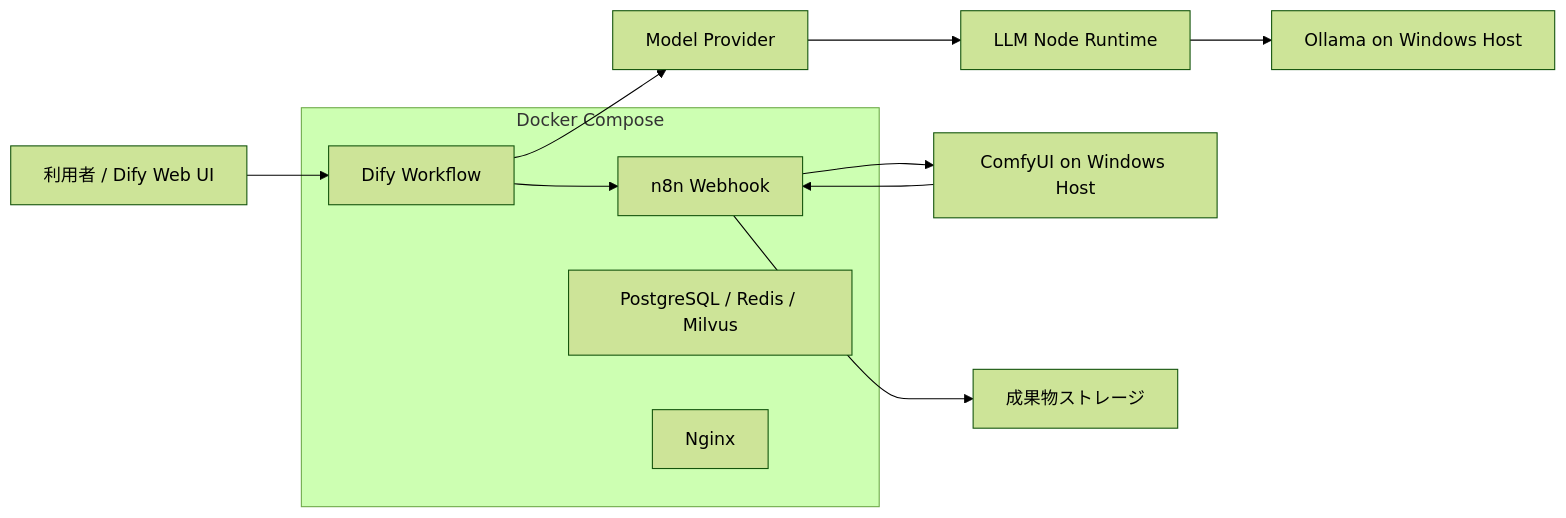
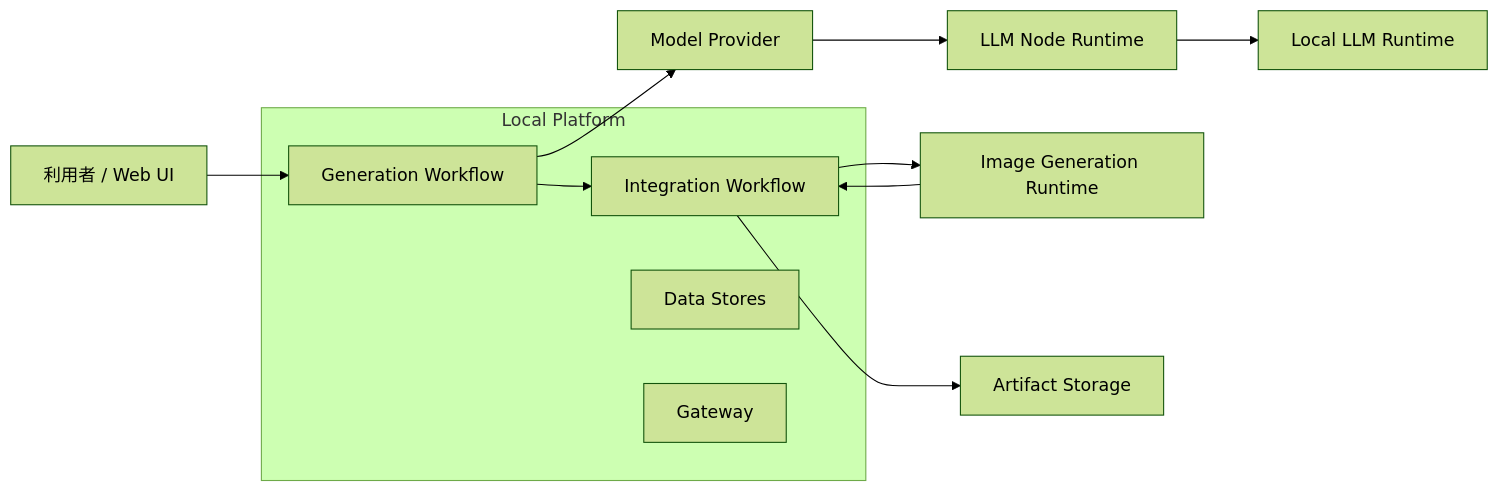
One commit to fctaityo/fctaityo.github.io changed the second of 11 diagrams in docs/public/architecture-public.md. Above: the diagram before and after it, drawn with Mermaid (forest theme). The commit also changed other lines of this file, not shown here.

````diff
--- a/docs/public/architecture-public.md
+++ b/docs/public/architecture-public.md
@@ -55,17 +57,18 @@
 ```mermaid
 flowchart LR
-  U["利用者 / Dify Web UI"] --> D["Dify Workflow"]
+  U["利用者 / Web UI"] --> D["Generation Workflow"]
   D --> P["Model Provider"]
   P --> LN["LLM Node Runtime"]
-  LN --> L["Ollama on Windows Host"]
-  D --> N["n8n Webhook"]
-  N --> C["ComfyUI on Windows Host"]
-  N --> O["成果物ストレージ"]
+  LN --> L["Local LLM Runtime"]
+  D --> N["Integration Workflow"]
+  N --> C["Image Generation Runtime"]
+  N --> O["Artifact Storage"]
   C --> N
-  subgraph Docker["Docker Compose"]
+
+  subgraph Platform["Local Platform"]
     D
     N
-    DB["PostgreSQL / Redis / Milvus"]
-    PX["Nginx"]
+    DB["Data Stores"]
+    PX["Gateway"]
   end
 ```
````
